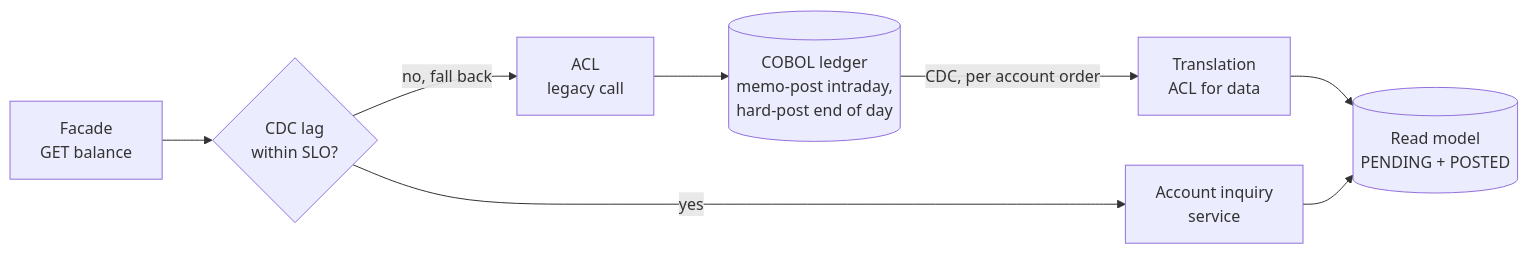
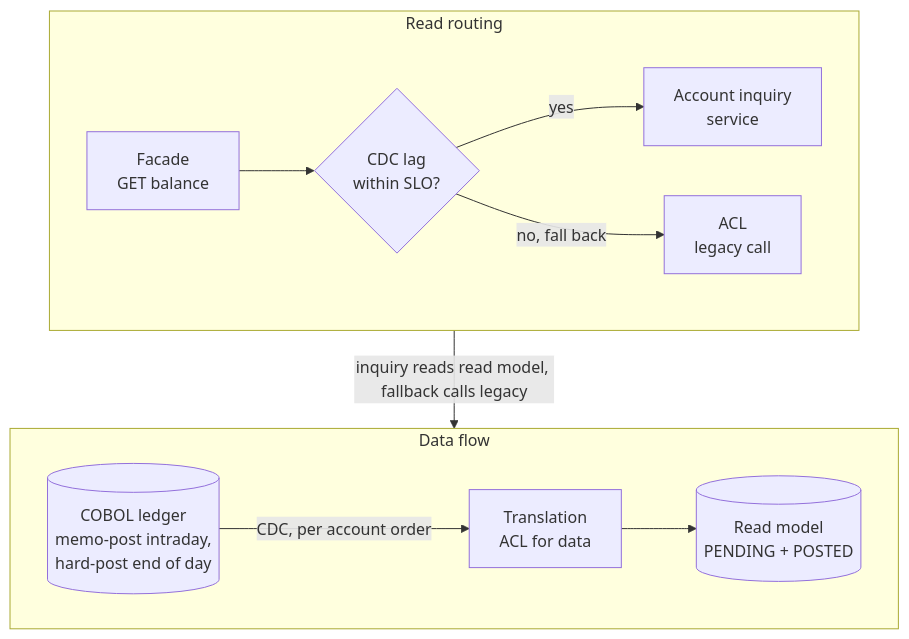
The diagram in docs/articles/devto/diagrams/read-side-flow.mmd (wallaceespindola/legacy-modernization-patterns), drawn with Mermaid before and after one commit. The commit also changed 20 other files, not shown here.

```diff
--- a/docs/articles/devto/diagrams/read-side-flow.mmd
+++ b/docs/articles/devto/diagrams/read-side-flow.mmd
@@ -1,8 +1,13 @@
-flowchart LR
-    MF[("COBOL ledger<br/>memo-post intraday,<br/>hard-post end of day")] -->|"CDC, per account order"| TX["Translation<br/>ACL for data"]
-    TX --> RM[("Read model<br/>PENDING + POSTED")]
-    Facade["Facade<br/>GET balance"] --> Lag{"CDC lag<br/>within SLO?"}
-    Lag -->|"yes"| Inquiry["Account inquiry<br/>service"]
-    Inquiry --> RM
-    Lag -->|"no, fall back"| ACL["ACL<br/>legacy call"]
-    ACL --> MF
+flowchart TB
+    subgraph Read["Read routing"]
+        direction LR
+        Facade["Facade<br/>GET balance"] --> Lag{"CDC lag<br/>within SLO?"}
+        Lag -->|"yes"| Inquiry["Account inquiry<br/>service"]
+        Lag -->|"no, fall back"| ACL["ACL<br/>legacy call"]
+    end
+    subgraph Data["Data flow"]
+        direction LR
+        MF[("COBOL ledger<br/>memo-post intraday,<br/>hard-post end of day")] -->|"CDC, per account order"| TX["Translation<br/>ACL for data"]
+        TX --> RM[("Read model<br/>PENDING + POSTED")]
+    end
+    Read -->|"inquiry reads read model, fallback calls legacy"| Data
```
